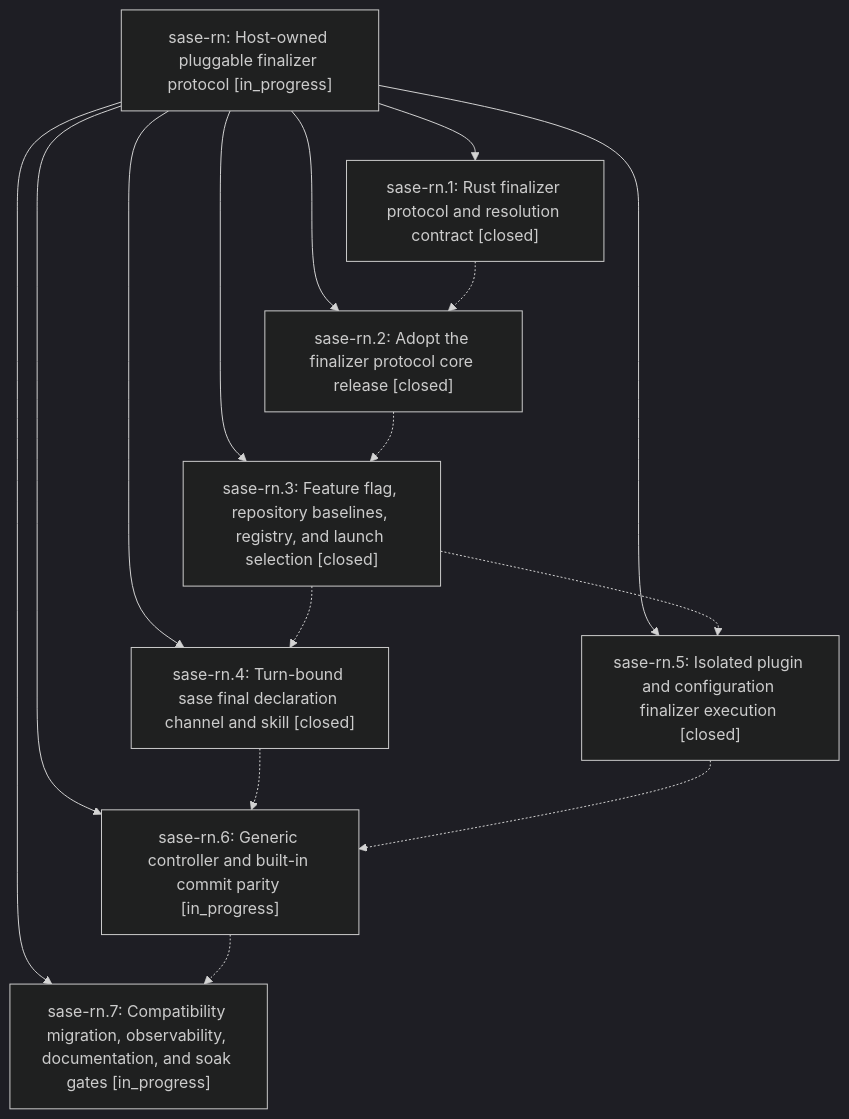
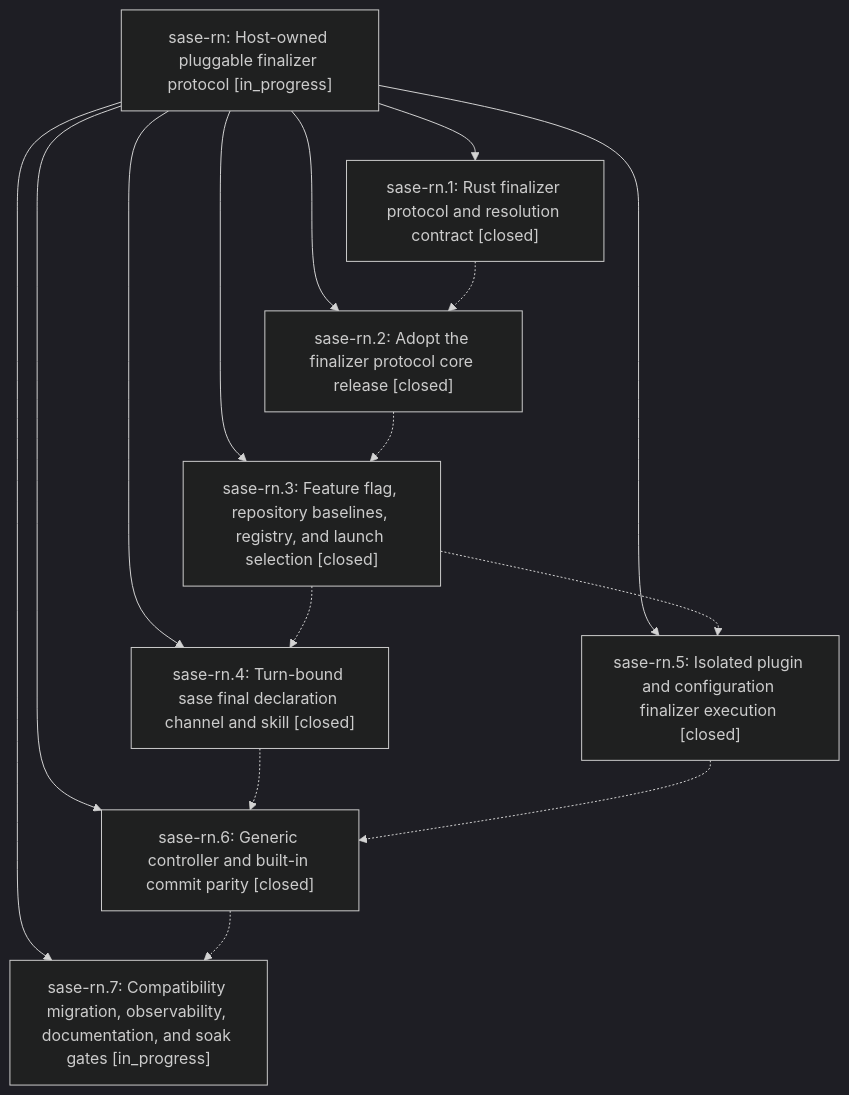
One commit to sase-org/sase--beads changed the diagram in pages/sase-rn/README.md. Above: the diagram before and after it, drawn with Mermaid (dark theme). The commit also changed other lines of this file and 4 other files, not shown here.

````diff
--- a/pages/sase-rn/README.md
+++ b/pages/sase-rn/README.md
@@ -28,25 +28,25 @@
 ```mermaid
 flowchart TD
     n0["sase-rn: Host-owned pluggable finalizer protocol [in_progress]"]
     n1["sase-rn.1: Rust finalizer protocol and resolution contract [closed]"]
     n2["sase-rn.2: Adopt the finalizer protocol core release [closed]"]
     n3["sase-rn.3: Feature flag, repository baselines, registry, and launch selection [closed]"]
     n4["sase-rn.4: Turn-bound sase final declaration channel and skill [closed]"]
     n5["sase-rn.5: Isolated plugin and configuration finalizer execution [closed]"]
-    n6["sase-rn.6: Generic controller and built-in commit parity [in_progress]"]
+    n6["sase-rn.6: Generic controller and built-in commit parity [closed]"]
     n7["sase-rn.7: Compatibility migration, observability, documentation, and soak gates [in_progress]"]
     n0 --> n1
     n0 --> n2
     n0 --> n3
     n0 --> n4
     n0 --> n5
     n0 --> n6
     n0 --> n7
     n1 -.-> n2
     n2 -.-> n3
     n3 -.-> n4
     n3 -.-> n5
     n4 -.-> n6
     n5 -.-> n6
     n6 -.-> n7
 ```
````
